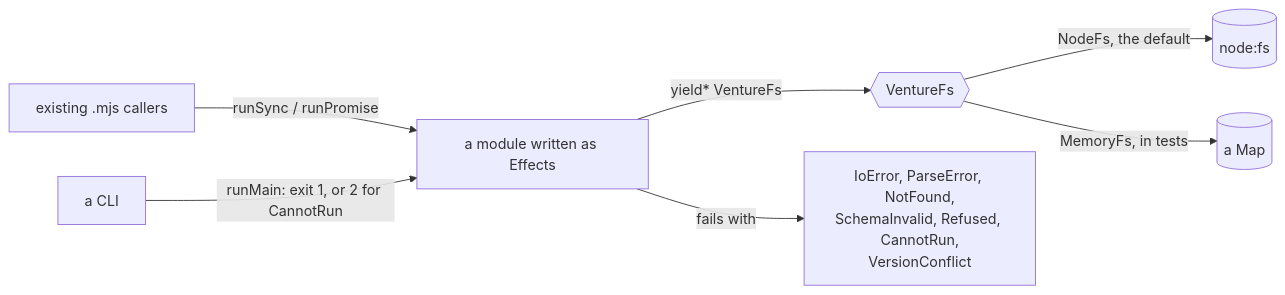
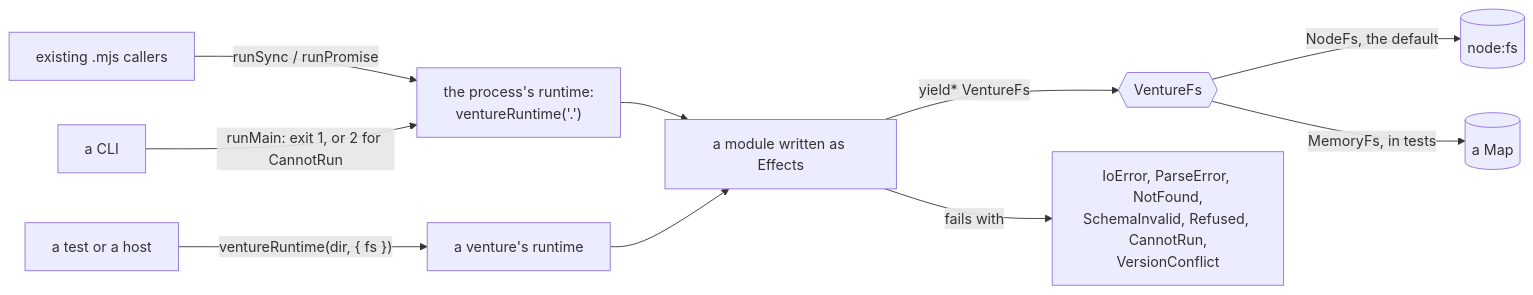
The first of 2 diagrams in packages/naive/src/core/effect/README.md (tchjhnsn/Naive), drawn with Mermaid before and after one commit. The commit also changed other lines of this file and 38 other files, not shown here.

First line of the commit message:
feat(core): the venture runtime on Effect, with core/effect in TypeScript (EE-161) (#92)

````diff
--- a/packages/naive/src/core/effect/README.md
+++ b/packages/naive/src/core/effect/README.md
@@ -9,9 +9,12 @@
 ```mermaid
 flowchart LR
-  OLD["existing .mjs callers"] -->|runSync / runPromise| EFF["a module written as Effects"]
-  CLI["a CLI"] -->|runMain: exit 1, or 2 for CannotRun| EFF
+  OLD["existing .mjs callers"] -->|runSync / runPromise| PROC["the process's runtime:<br/>ventureRuntime('.')"]
+  CLI["a CLI"] -->|runMain: exit 1, or 2 for CannotRun| PROC
+  HOST["a test or a host"] -->|"ventureRuntime(dir, { fs })"| RT["a venture's runtime"]
+  PROC --> EFF["a module written as Effects"]
+  RT --> EFF
   EFF -->|yield* VentureFs| FS{{VentureFs}}
   FS -->|NodeFs, the default| DISK[(node:fs)]
   FS -->|MemoryFs, in tests| MEM[(a Map)]
   EFF -->|fails with| ERR["IoError, ParseError, NotFound,<br/>SchemaInvalid, Refused, CannotRun,<br/>VersionConflict"]
 ```
````
